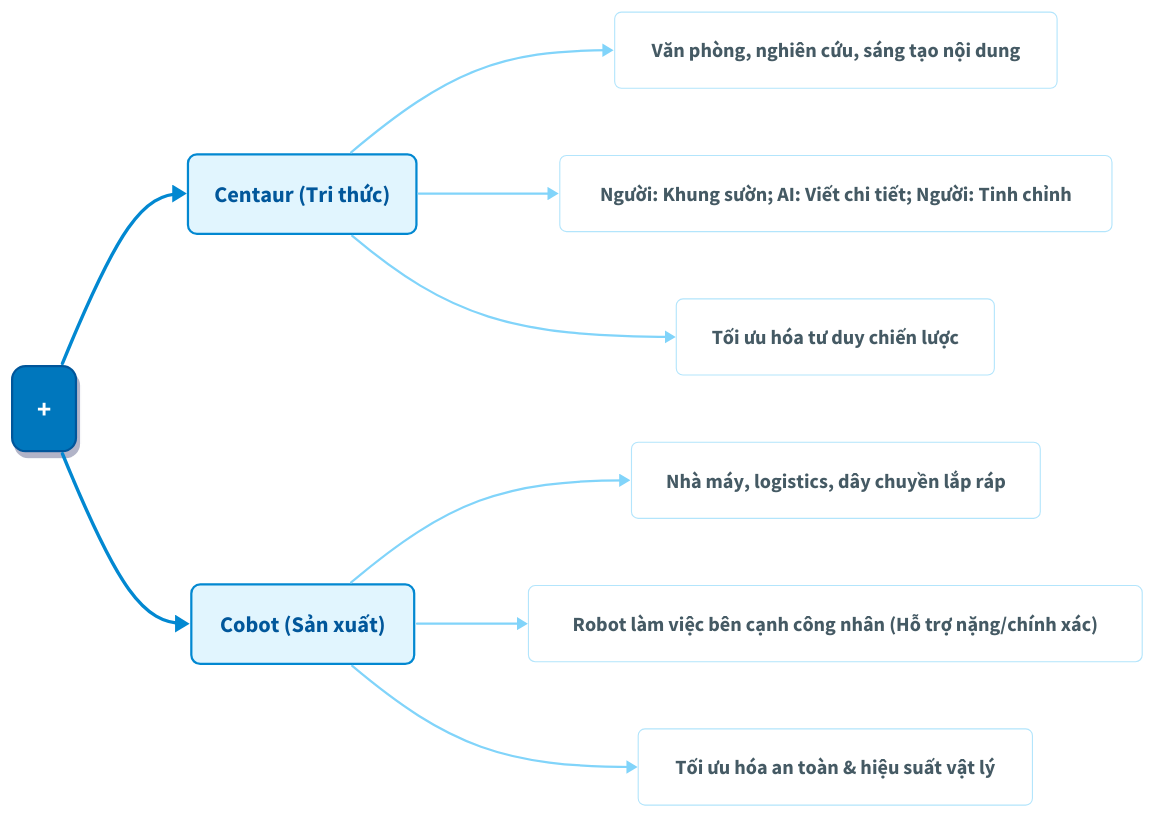
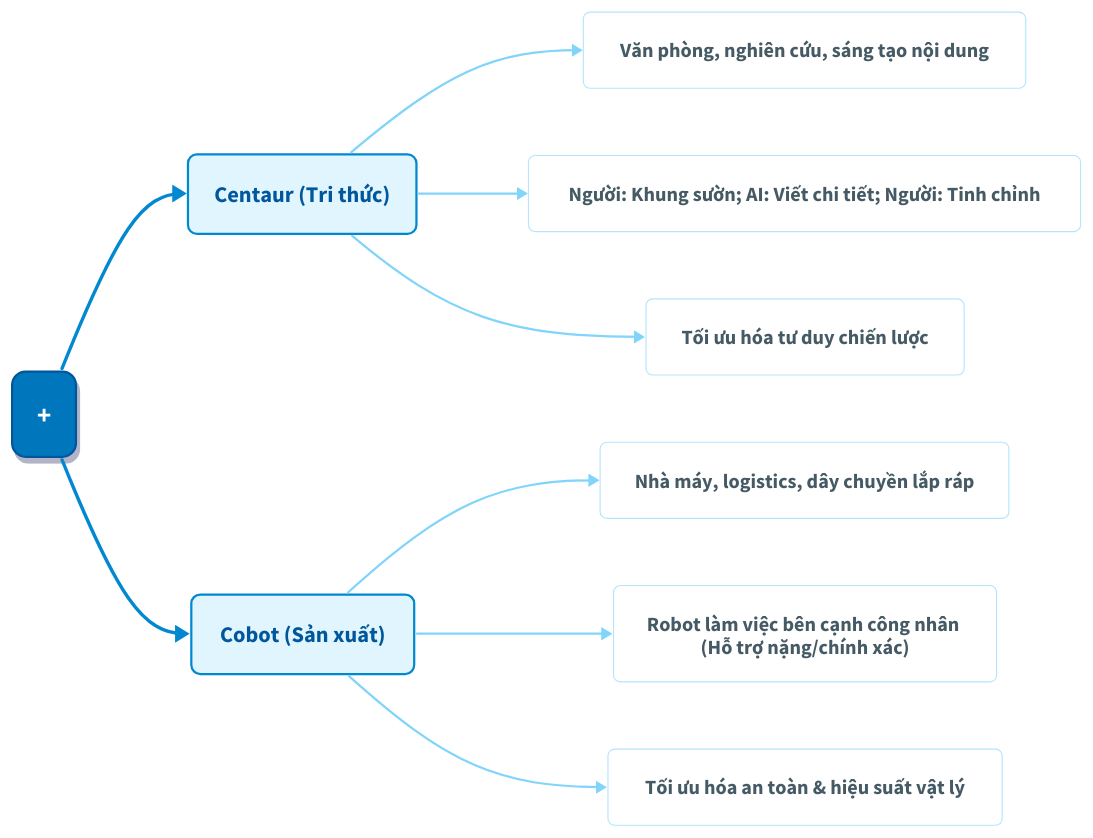
The diagram in content/diagrams/cacmohinhcongtac.d2 (sam-uit/typst-report-template), drawn with D2 before and after one commit.

```diff
--- a/content/diagrams/cacmohinhcongtac.d2
+++ b/content/diagrams/cacmohinhcongtac.d2
@@ -1,86 +1,86 @@
 direction: right
 
 # --- 0. STYLES ---
 style: {
   opacity: 0.0
   fill: transparent
   # stroke: "orange"
   # stroke-width: 5
 }
 
 # ------------------------------
 # STYLING CLASSES (Humanist & Clean Blue/White)
 # ------------------------------
 classes: {
   root_node: {
     style: {
       fill: "#0277bd"
       stroke: "#01579b"
       font-color: "#ffffff"
       stroke-width: 2
       border-radius: 12
       shadow: true
       font-size: 24
     }
   }
 
   category_node: {
     style: {
       fill: "#e1f5fe"
       stroke: "#0288d1"
       font-color: "#01579b"
       stroke-width: 2
       border-radius: 8
       font-size: 20
     }
   }
 
   leaf_node: {
     style: {
       fill: "#ffffff"
       stroke: "#b3e5fc"
       font-color: "#455a64"
       stroke-width: 1
       border-radius: 6
       font-size: 18
       stroke-dash: 0
     }
   }
 }
 
 # ------------------------------
 # NODES & CONTENT
 # ------------------------------
 
 # Root
 Root: "+" {class: root_node}
 
 # Branch 1: Centaur
 Centaur: Centaur (Tri thức) {class: category_node}
 
 C_Env: "Văn phòng, nghiên cứu, sáng tạo nội dung" {class: leaf_node}
 C_Collab: "Người: Khung sườn; AI: Viết chi tiết; Người: Tinh chỉnh" {class: leaf_node}
 C_Value: "Tối ưu hóa tư duy chiến lược" {class: leaf_node}
 
 # Branch 2: Cobot
 Cobot: Cobot (Sản xuất) {class: category_node}
 
 Co_Env: "Nhà máy, logistics, dây chuyền lắp ráp" {class: leaf_node}
-Co_Collab: "Robot làm việc bên cạnh công nhân (Hỗ trợ nặng/chính xác)" {class: leaf_node}
+Co_Collab: "Robot làm việc bên cạnh công nhân \n (Hỗ trợ nặng/chính xác)" {class: leaf_node}
 Co_Value: "Tối ưu hóa an toàn & hiệu suất vật lý" {class: leaf_node}
 
 # ------------------------------
 # CONNECTIONS (Curved for Mindmap feel)
 # ------------------------------
 Root -> Centaur: {style: {stroke: "#0288d1"; stroke-width: 3}}
 Root -> Cobot: {style: {stroke: "#0288d1"; stroke-width: 3}}
 
 # Connections for Centaur
 Centaur -> C_Env: {style: {stroke: "#81d4fa"; stroke-width: 2}}
 Centaur -> C_Collab: {style: {stroke: "#81d4fa"; stroke-width: 2}}
 Centaur -> C_Value: {style: {stroke: "#81d4fa"; stroke-width: 2}}
 
 # Connections for Cobot
 Cobot -> Co_Env: {style: {stroke: "#81d4fa"; stroke-width: 2}}
 Cobot -> Co_Collab: {style: {stroke: "#81d4fa"; stroke-width: 2}}
 Cobot -> Co_Value: {style: {stroke: "#81d4fa"; stroke-width: 2}}
```
